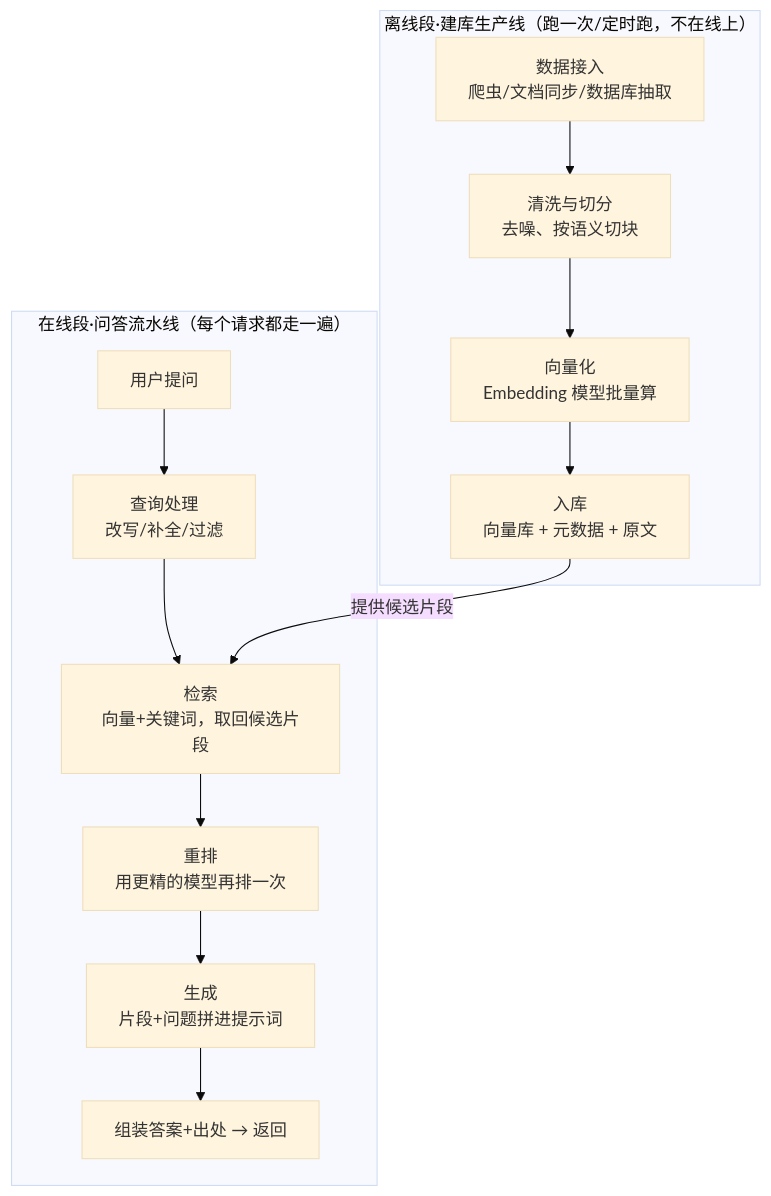
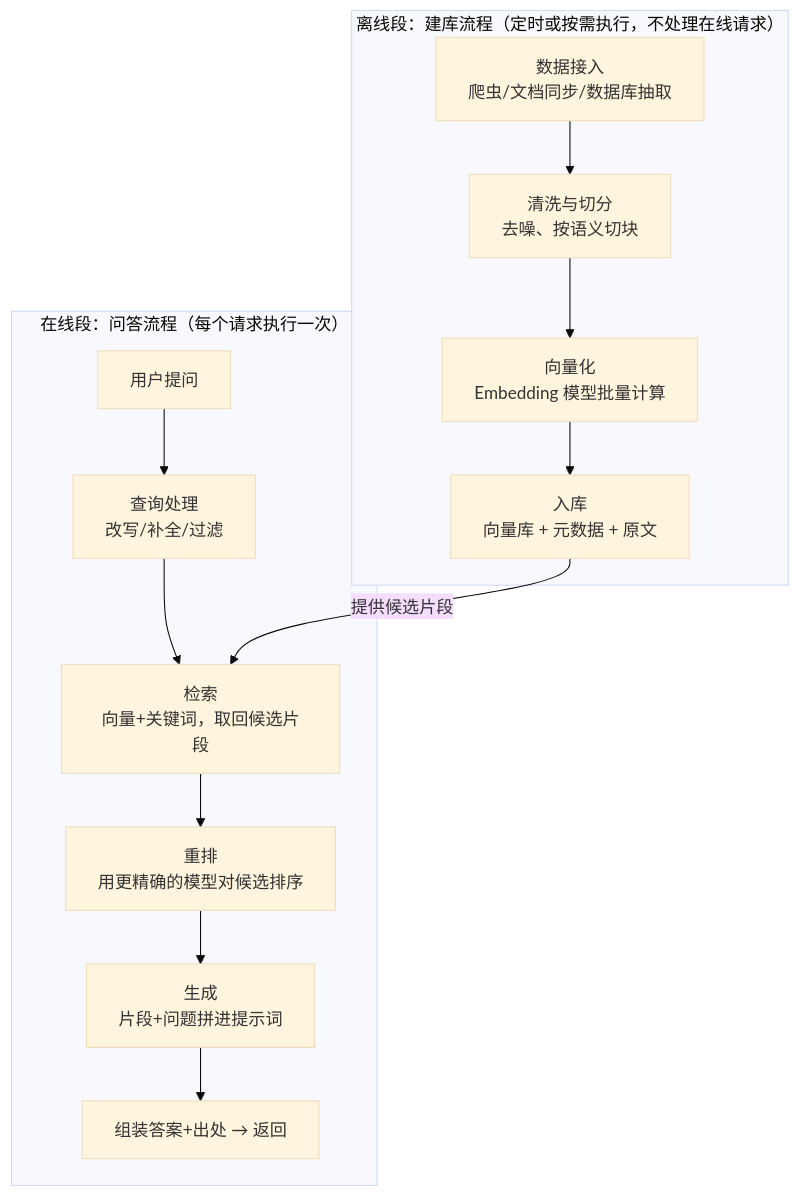
The diagram in 13.AI系统架构设计/第02课_RAG系统架构/第02课.md (xxxAndlk/AI_Agent_Learning_path), drawn with Mermaid (base theme) before and after one commit. The commit also changed other lines of this file and 13 other files, not shown here.

````diff
--- a/13.AI系统架构设计/第02课_RAG系统架构/第02课.md
+++ b/13.AI系统架构设计/第02课_RAG系统架构/第02课.md
@@ -11,16 +11,16 @@
 ```mermaid
 flowchart TD
-    subgraph OFF["离线段·建库生产线（跑一次/定时跑，不在线上）"]
+    subgraph OFF["离线段：建库流程（定时或按需执行，不处理在线请求）"]
         SRC["数据接入<br/>爬虫/文档同步/数据库抽取"] --> CLEAN["清洗与切分<br/>去噪、按语义切块"]
-        CLEAN --> EMB["向量化<br/>Embedding 模型批量算"]
+        CLEAN --> EMB["向量化<br/>Embedding 模型批量计算"]
         EMB --> STORE["入库<br/>向量库 + 元数据 + 原文"]
     end
-    subgraph ON["在线段·问答流水线（每个请求都走一遍）"]
+    subgraph ON["在线段：问答流程（每个请求执行一次）"]
         Q["用户提问"] --> REWRITE["查询处理<br/>改写/补全/过滤"]
         REWRITE --> RET["检索<br/>向量+关键词，取回候选片段"]
-        RET --> RERANK["重排<br/>用更精的模型再排一次"]
+        RET --> RERANK["重排<br/>用更精确的模型对候选排序"]
         RERANK --> GEN["生成<br/>片段+问题拼进提示词"]
         GEN --> ANS["组装答案+出处 → 返回"]
     end
     STORE -->|"提供候选片段"| RET
 ```
````
